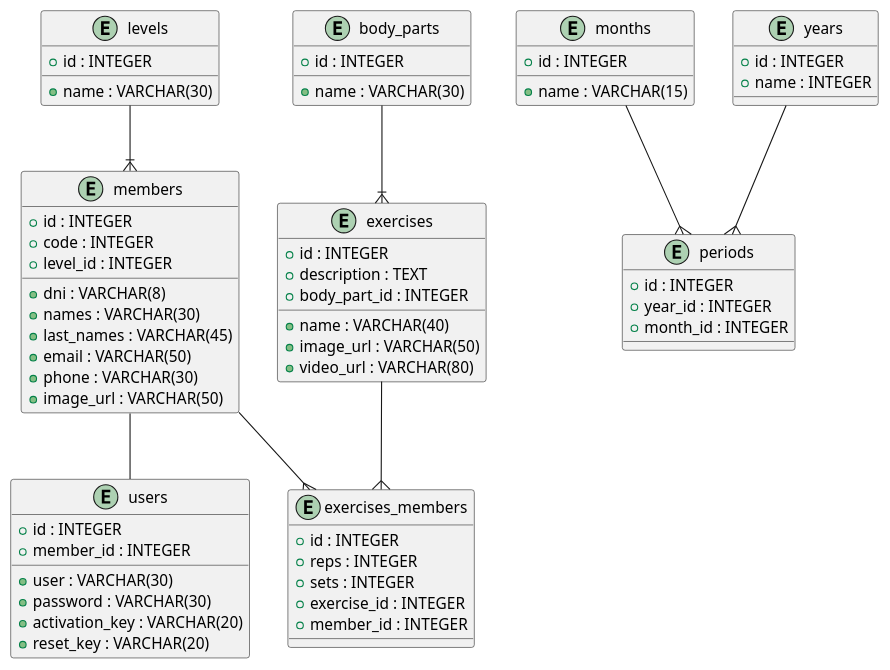
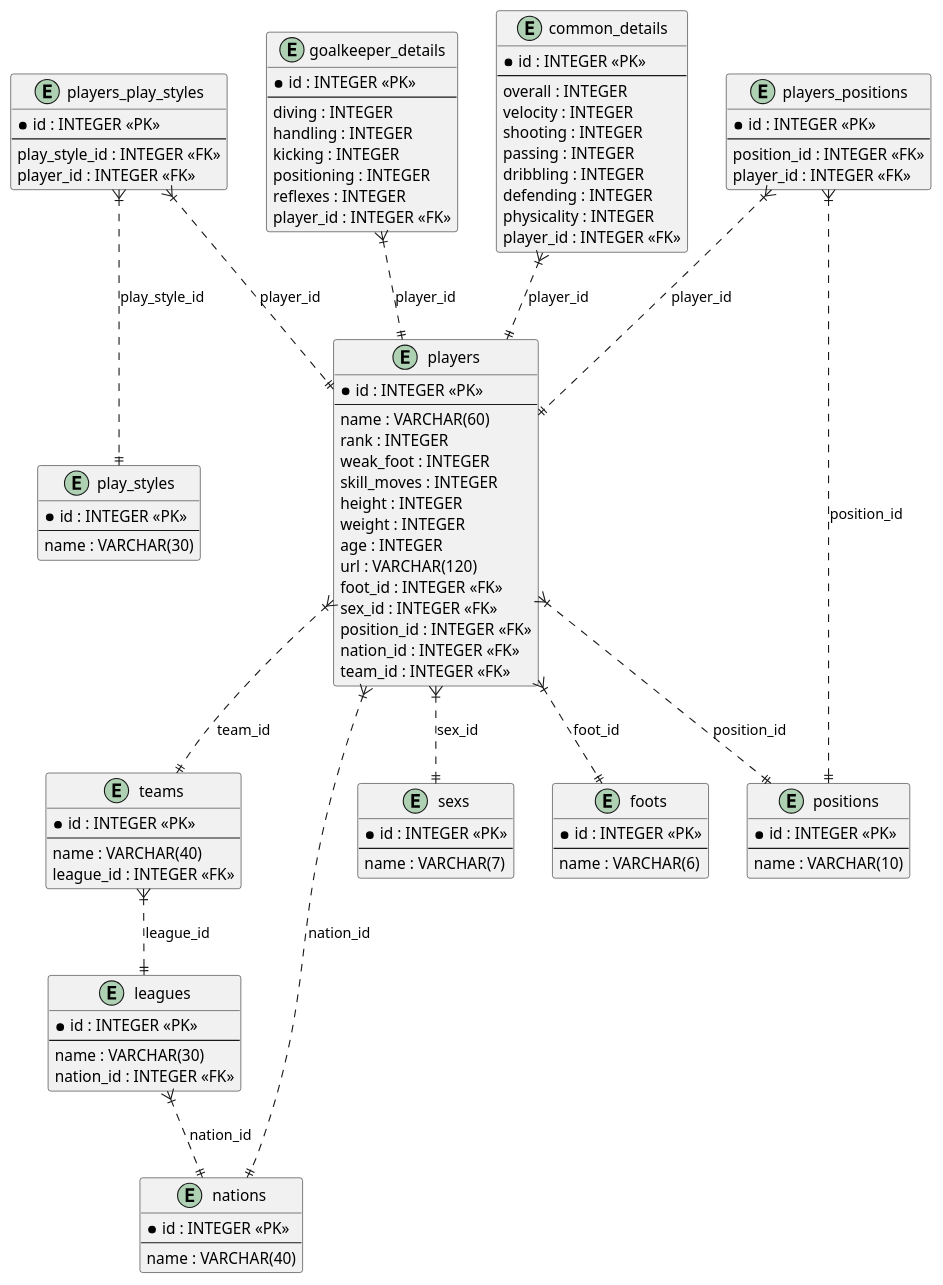
One commit to pepeul1191/flask-svelte-chatpgt changed the diagram in README.md. Above: the diagram before and after it, drawn with PlantUML. The commit also changed other lines of this file and 28 other files, not shown here.

````diff
--- a/README.md
+++ b/README.md
@@ -165,75 +165,121 @@
 ```plantuml
 @startuml
-entity "levels" {
-    + id : INTEGER
-    + name : VARCHAR(30)
+
+entity play_styles {
+  * id : INTEGER <<PK>>
+  --
+  name : VARCHAR(30)
 }
 
-entity "body_parts" {
-    + id : INTEGER
-    + name : VARCHAR(30)
+entity sexs {
+  * id : INTEGER <<PK>>
+  --
+  name : VARCHAR(7)
 }
 
-entity "exercises" {
-    + id : INTEGER
-    + name : VARCHAR(40)
-    + image_url : VARCHAR(50)
-    + video_url : VARCHAR(80)
-    + description : TEXT
-    + body_part_id : INTEGER
+entity nations {
+  * id : INTEGER <<PK>>
+  --
+  name : VARCHAR(40)
 }
 
-entity "members" {
-    + id : INTEGER
-    + code : INTEGER
-    + dni : VARCHAR(8)
-    + names : VARCHAR(30)
-    + last_names : VARCHAR(45)
-    + email : VARCHAR(50)
-    + phone : VARCHAR(30)
-    + image_url : VARCHAR(50)
-    + level_id : INTEGER
+entity positions {
+  * id : INTEGER <<PK>>
+  --
+  name : VARCHAR(10)
 }
 
-entity "users" {
-    + id : INTEGER
-    + user : VARCHAR(30)
-    + password : VARCHAR(30)
-    + member_id : INTEGER
-    + activation_key : VARCHAR(20)
-    + reset_key : VARCHAR(20)
+entity foots {
+  * id : INTEGER <<PK>>
+  --
+  name : VARCHAR(6)
 }
 
-entity "exercises_members" {
-    + id : INTEGER
-    + reps : INTEGER
-    + sets : INTEGER
-    + exercise_id : INTEGER
-    + member_id : INTEGER
+entity leagues {
+  * id : INTEGER <<PK>>
+  --
+  name : VARCHAR(30)
+  nation_id : INTEGER <<FK>>
 }
 
-entity "months" {
-    + id : INTEGER
-    + name : VARCHAR(15)
+entity teams {
+  * id : INTEGER <<PK>>
+  --
+  name : VARCHAR(40)
+  league_id : INTEGER <<FK>>
 }
 
-entity "years" {
-    + id : INTEGER
-    + name : INTEGER
+entity players {
+  * id : INTEGER <<PK>>
+  --
+  name : VARCHAR(60)
+  rank : INTEGER
+  weak_foot : INTEGER
+  skill_moves : INTEGER
+  height : INTEGER
+  weight : INTEGER
+  age : INTEGER
+  url : VARCHAR(120)
+  foot_id : INTEGER <<FK>>
+  sex_id : INTEGER <<FK>>
+  position_id : INTEGER <<FK>>
+  nation_id : INTEGER <<FK>>
+  team_id : INTEGER <<FK>>
 }
 
-entity "periods" {
-    + id : INTEGER
-    + year_id : INTEGER
-    + month_id : INTEGER
+entity common_details {
+  * id : INTEGER <<PK>>
+  --
+  overall : INTEGER
+  velocity : INTEGER
+  shooting : INTEGER
+  passing : INTEGER
+  dribbling : INTEGER
+  defending : INTEGER
+  physicality : INTEGER
+  player_id : INTEGER <<FK>>
 }
-levels --|{ members
-body_parts --|{ exercises
-members -- users
-members --{ exercises_members
-exercises --{ exercises_members
-years --{ periods
-months --{ periods
+
+entity goalkeeper_details {
+  * id : INTEGER <<PK>>
+  --
+  diving : INTEGER
+  handling : INTEGER
+  kicking : INTEGER
+  positioning : INTEGER
+  reflexes : INTEGER
+  player_id : INTEGER <<FK>>
+}
+
+entity players_play_styles {
+  * id : INTEGER <<PK>>
+  --
+  play_style_id : INTEGER <<FK>>
+  player_id : INTEGER <<FK>>
+}
+
+entity players_positions {
+  * id : INTEGER <<PK>>
+  --
+  position_id : INTEGER <<FK>>
+  player_id : INTEGER <<FK>>
+}
+
+' Relationships
+leagues }|..|| nations : "nation_id"
+teams }|..|| leagues : "league_id"
+players }|..|| foots : "foot_id"
+players }|..|| sexs : "sex_id"
+players }|..|| positions : "position_id"
+players }|..|| nations : "nation_id"
+players }|..|| teams : "team_id"
+common_details }|..|| players : "player_id"
+goalkeeper_details }|..|| players : "player_id"
+players_play_styles }|..|| play_styles : "play_style_id"
+players_play_styles }|..|| players : "player_id"
+players_positions }|..|| positions : "position_id"
+players_positions }|..|| players : "player_id"
+
 @enduml
 
 ```
````
